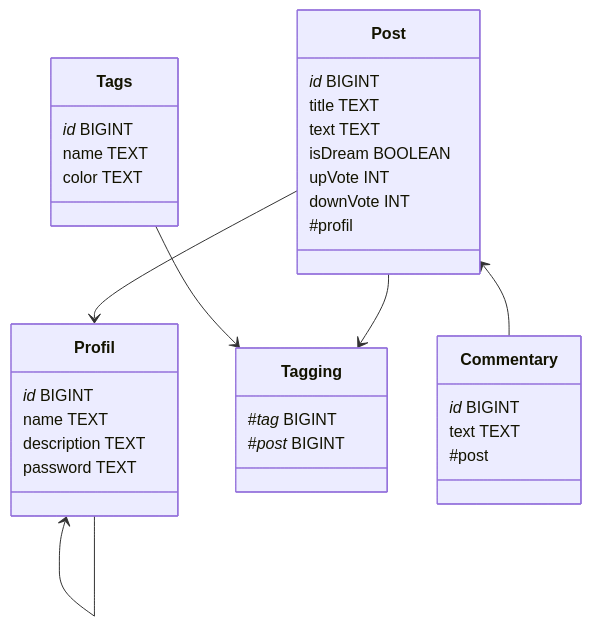
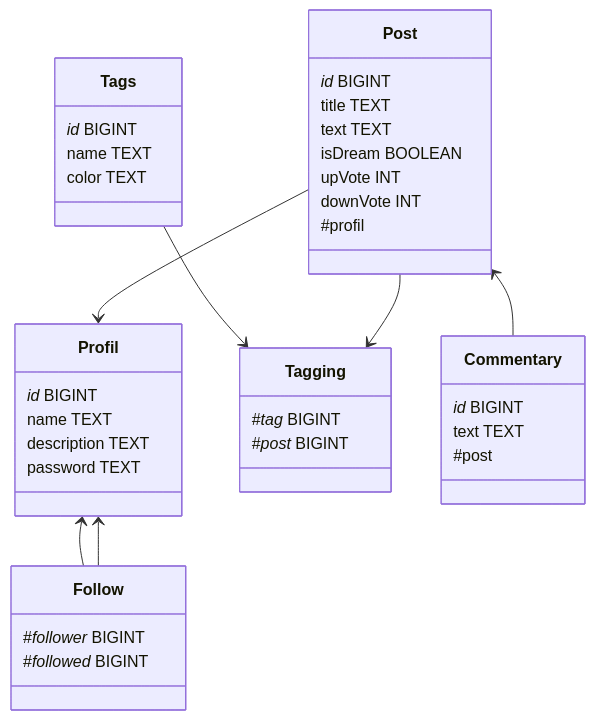
Before and after one commit to Assassymfony/Fukashitapi: the second of 2 diagrams in README.md, drawn with Mermaid.

Commit message:
Mise à jour de 'README.md'

````diff
--- a/README.md
+++ b/README.md
@@ -58,43 +58,49 @@
 ```mermaid
 classDiagram
     class Post{
         _id_ BIGINT
         title TEXT
         text TEXT
         isDream BOOLEAN
         upVote INT
         downVote INT
         #profil
     }
 
     class Profil{
         _id_ BIGINT
         name TEXT
         description TEXT
         password TEXT
     }
 
     class Tagging{
         #_tag_ BIGINT
         #_post_ BIGINT
     }
 
     class Tags{
         _id_ BIGINT
         name TEXT
         color TEXT
     }
 
     class Commentary{
         _id_ BIGINT
         text TEXT
         #post
     }
+    
+    class Follow{
+        #_follower_ BIGINT
+        #_followed_ BIGINT
+    }
 
     Post  <--  Commentary 
     Post  -->  Profil
     Tags  -->  Tagging 
-    Profil  <--  Profil
+    Profil  <--  Follow
+    Profil <-- Follow
     Post --> Tagging
 
 ```
````
